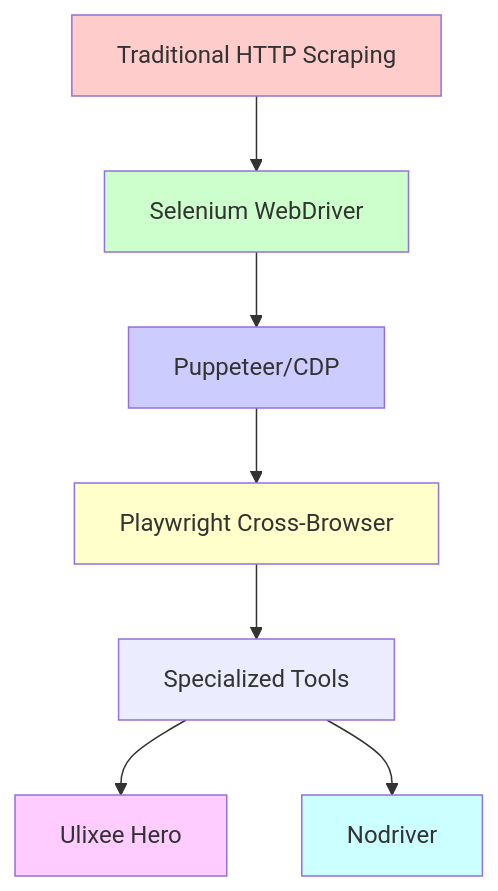
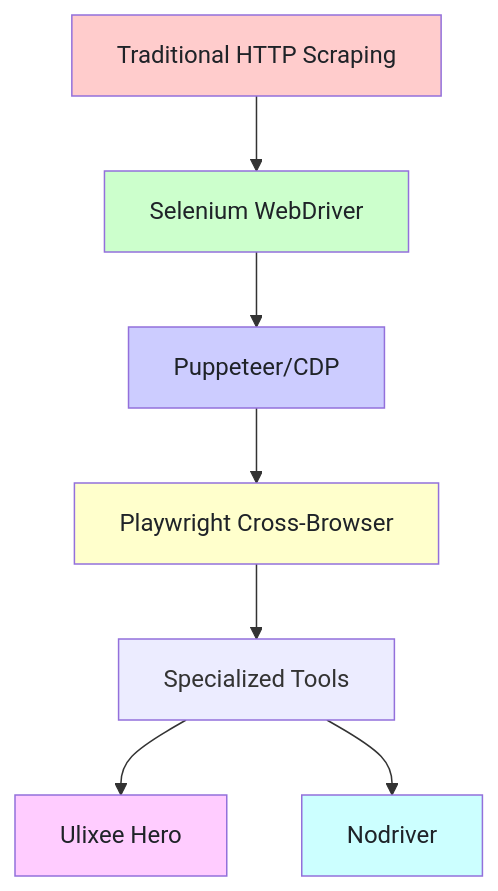
One commit to bytetunnels/bytetunnels.github.com changed the first of 3 diagrams in _posts/2025-04-27-browser-automation-showdown-selenium-playwright-puppeteer-ulixee-hero-nodriver.md. Above: the diagram before and after it, drawn with Mermaid. The commit also changed other lines of this file and 118 other files, not shown here.

Commit message:
feat: improve diagram styling and compact wide flowcharts

````diff
--- a/_posts/2025-04-27-browser-automation-showdown-selenium-playwright-puppeteer-ulixee-hero-nodriver.md
+++ b/_posts/2025-04-27-browser-automation-showdown-selenium-playwright-puppeteer-ulixee-hero-nodriver.md
@@ -19,16 +19,16 @@
 ```mermaid
 graph TD
     A[Traditional HTTP Scraping] --> B[Selenium WebDriver]
     B --> C[Puppeteer/CDP]
     C --> D[Playwright Cross-Browser]
     D --> E[Specialized Tools]
     E --> F[Ulixee Hero]
     E --> G[Nodriver]
-    
-    style A fill:#ffcccc
-    style B fill:#ccffcc
-    style C fill:#ccccff
-    style D fill:#ffffcc
-    style F fill:#ffccff
-    style G fill:#ccffff
+
+    style A fill:#ffcccc,color:#1f2328
+    style B fill:#ccffcc,color:#1f2328
+    style C fill:#ccccff,color:#1f2328
+    style D fill:#ffffcc,color:#1f2328
+    style F fill:#ffccff,color:#1f2328
+    style G fill:#ccffff,color:#1f2328
 ```
````
